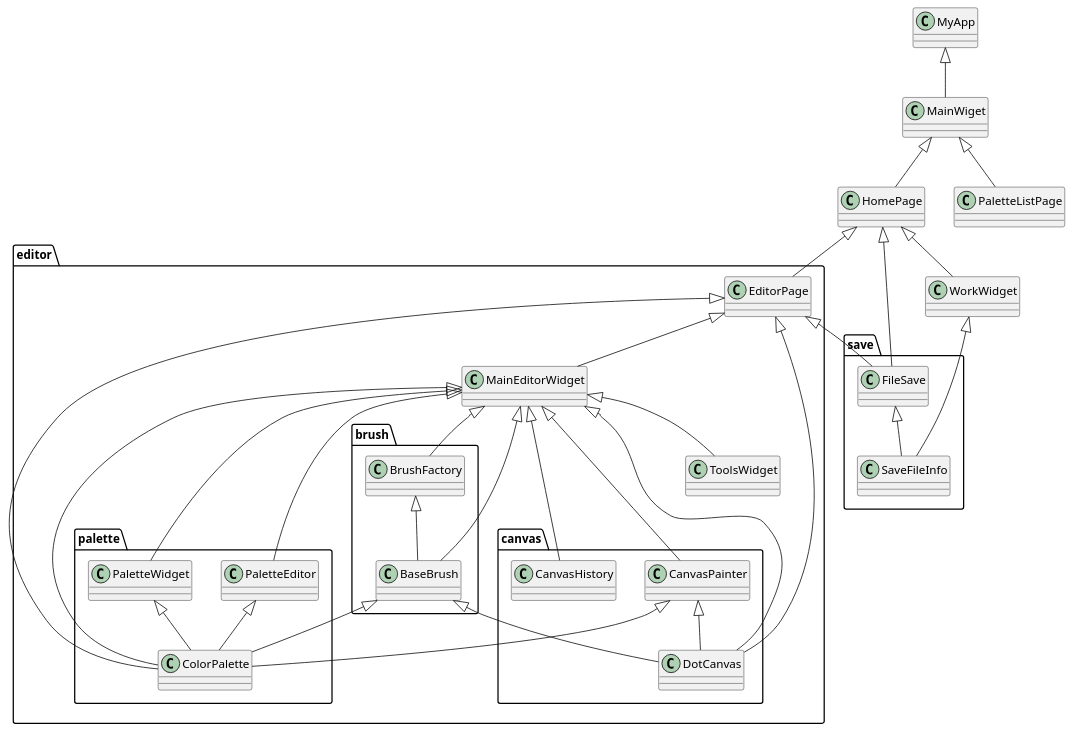
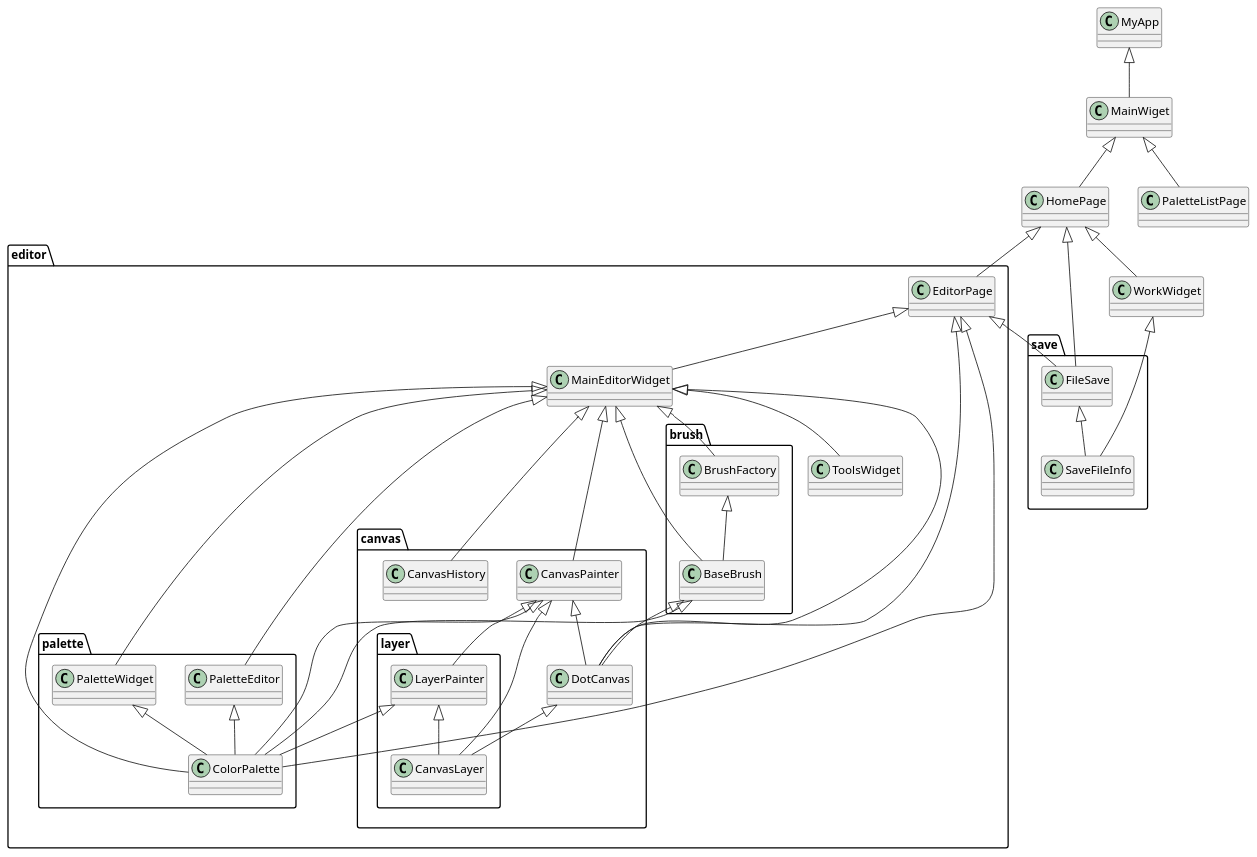
The diagram in test.pu (kyoichi001/flutter_app), drawn with PlantUML before and after one commit. The commit also changed 5 other files, not shown here.

```diff
--- a/test.pu
+++ b/test.pu
@@ -1,67 +1,77 @@
 @startuml
 
 
 
 package save{
     class FileSave
     class SaveFileInfo
     FileSave <|-- SaveFileInfo
 }
 
 package editor{
     package canvas {
         class DotCanvas
         class CanvasHistory
         class CanvasPainter
+        package layer{
+            class LayerPainter
+            class CanvasLayer
+            LayerPainter <|-- CanvasLayer
+        }
         CanvasPainter <|-- DotCanvas
+        CanvasPainter <|-- CanvasLayer
+        CanvasPainter <|-- LayerPainter
+        DotCanvas <|-- CanvasLayer
     }
+
 
     package palette{
         class ColorPalette
         class PaletteWidget
         class PaletteEditor
         PaletteWidget <|-- ColorPalette
         PaletteEditor <|-- ColorPalette
     }
 
     package brush{
         class BaseBrush
         class BrushFactory
     }
 
     EditorPage <|-- DotCanvas
     EditorPage <|-- ColorPalette
     EditorPage <|-- FileSave
     EditorPage <|-- MainEditorWidget
 
     MainEditorWidget <|-- DotCanvas
     MainEditorWidget <|-- ColorPalette
     MainEditorWidget <|-- BaseBrush
     MainEditorWidget <|-- CanvasHistory
     MainEditorWidget <|-- ToolsWidget
     MainEditorWidget <|-- CanvasPainter
     MainEditorWidget <|-- PaletteWidget
     MainEditorWidget <|-- BrushFactory
     MainEditorWidget <|-- PaletteEditor
     CanvasPainter <|-- ColorPalette
+    LayerPainter <|-- ColorPalette
 
     BaseBrush <|-- DotCanvas
     BaseBrush <|-- ColorPalette
 
     BrushFactory <|-- BaseBrush
 }
 
 MyApp <|-- MainWiget
 MainWiget <|-- HomePage
 MainWiget <|-- PaletteListPage
 HomePage <|-- FileSave
 HomePage <|-- WorkWidget
 HomePage <|-- EditorPage
 
 WorkWidget <|-- SaveFileInfo
 
 
 
 
 
 @enduml
```
